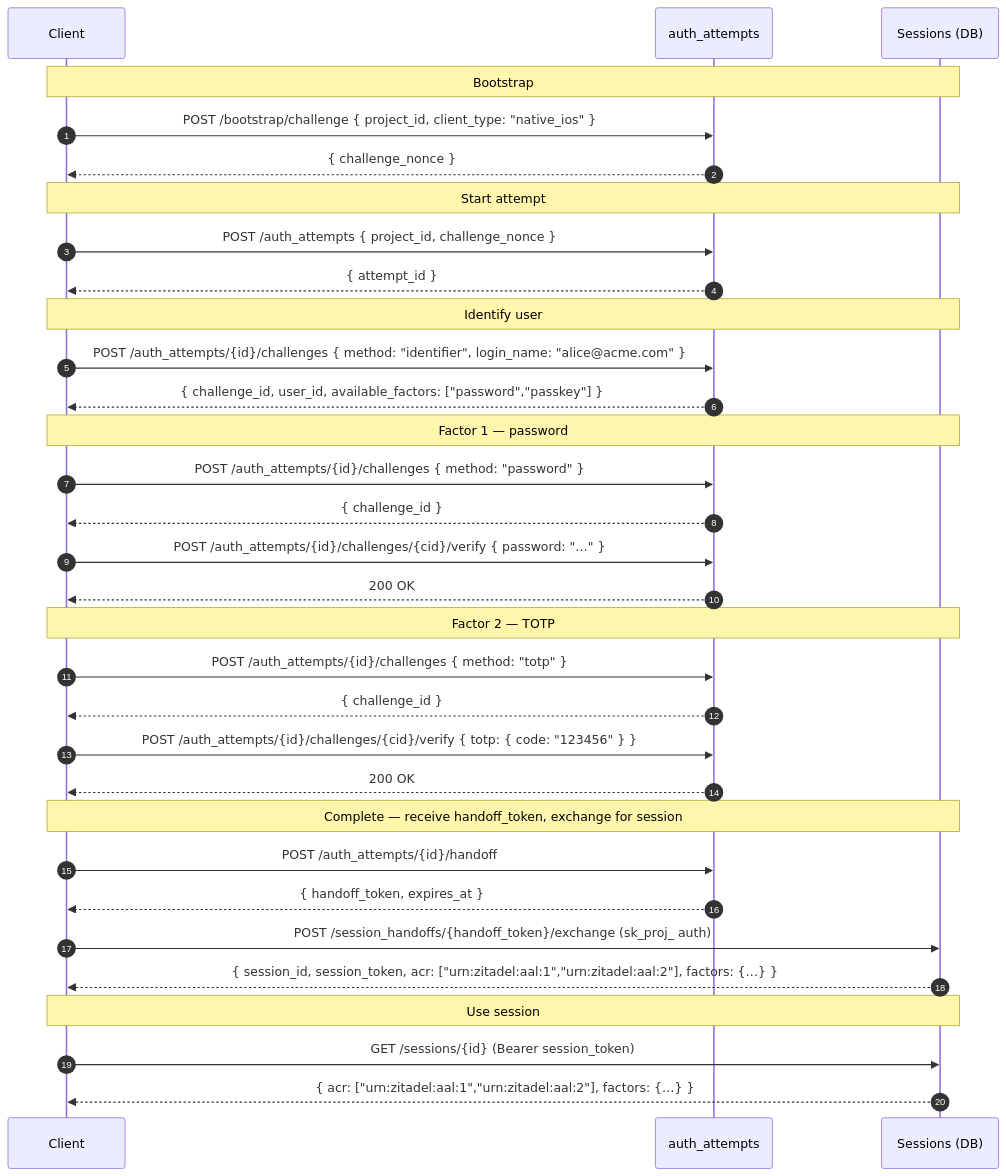
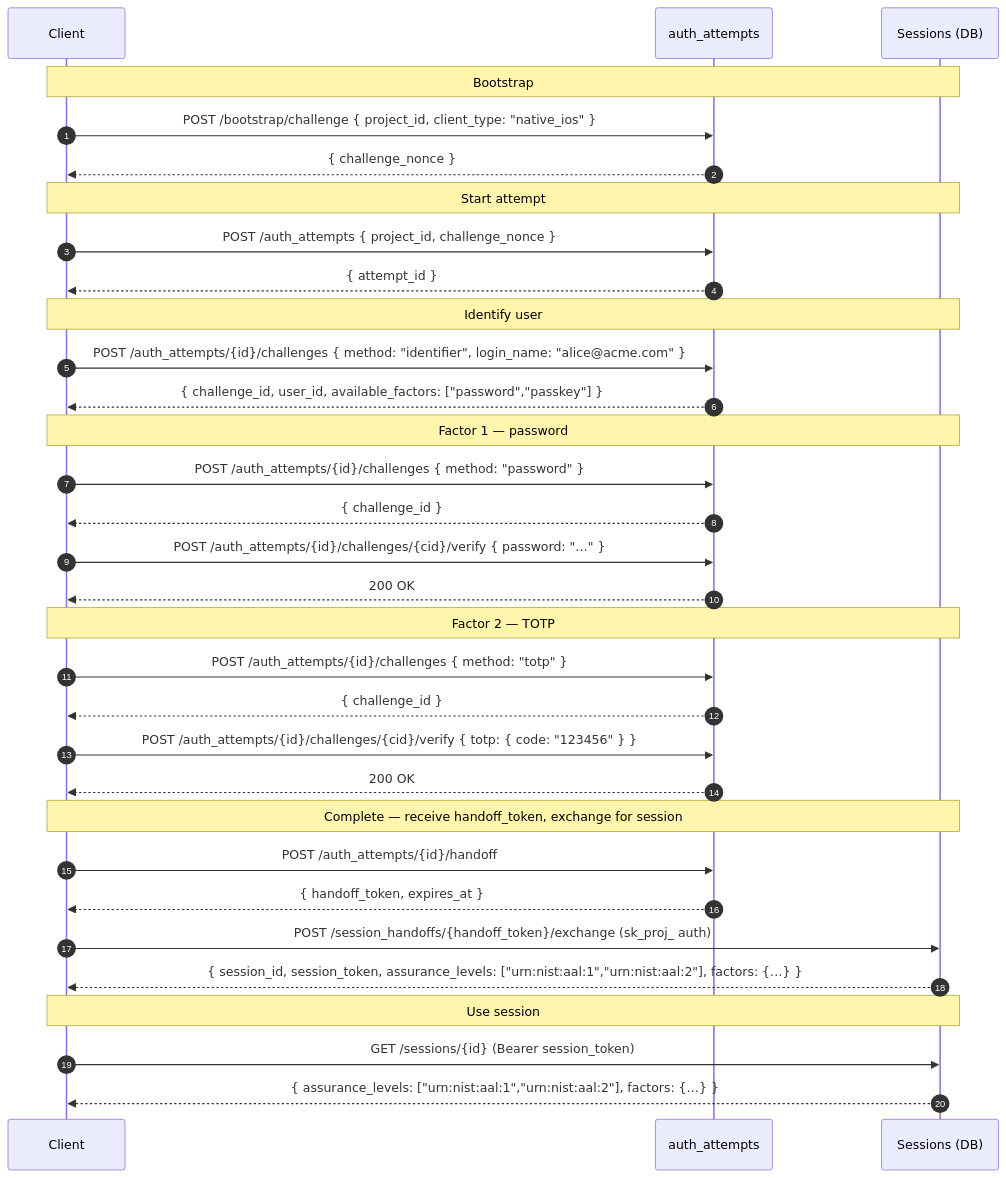
One commit to zitadel/nextgen changed the second of 4 diagrams in docs/design/api/authn-and-auth-flows.md. Above: the diagram before and after it, drawn with Mermaid. The commit also changed other lines of this file and 10 other files, not shown here.

````diff
--- a/docs/design/api/authn-and-auth-flows.md
+++ b/docs/design/api/authn-and-auth-flows.md
@@ -222,51 +222,51 @@
 ```mermaid
 sequenceDiagram
     autonumber
     participant Client
     participant AuthAttempts as auth_attempts
     participant SessionDB as Sessions (DB)
 
     Note over Client,SessionDB: Bootstrap
 
     Client->>AuthAttempts: POST /bootstrap/challenge { project_id, client_type: "native_ios" }
     AuthAttempts-->>Client: { challenge_nonce }
 
     Note over Client,SessionDB: Start attempt
 
     Client->>AuthAttempts: POST /auth_attempts { project_id, challenge_nonce }
     AuthAttempts-->>Client: { attempt_id }
 
     Note over Client,SessionDB: Identify user
 
     Client->>AuthAttempts: POST /auth_attempts/{id}/challenges { method: "identifier", login_name: "alice@acme.com" }
     AuthAttempts-->>Client: { challenge_id, user_id, available_factors: ["password","passkey"] }
 
     Note over Client,SessionDB: Factor 1 — password
 
     Client->>AuthAttempts: POST /auth_attempts/{id}/challenges { method: "password" }
     AuthAttempts-->>Client: { challenge_id }
 
     Client->>AuthAttempts: POST /auth_attempts/{id}/challenges/{cid}/verify { password: "…" }
     AuthAttempts-->>Client: 200 OK
 
     Note over Client,SessionDB: Factor 2 — TOTP
 
     Client->>AuthAttempts: POST /auth_attempts/{id}/challenges { method: "totp" }
     AuthAttempts-->>Client: { challenge_id }
 
     Client->>AuthAttempts: POST /auth_attempts/{id}/challenges/{cid}/verify { totp: { code: "123456" } }
     AuthAttempts-->>Client: 200 OK
 
     Note over Client,SessionDB: Complete — receive handoff_token, exchange for session
 
     Client->>AuthAttempts: POST /auth_attempts/{id}/handoff
     AuthAttempts-->>Client: { handoff_token, expires_at }
 
     Client->>SessionDB: POST /session_handoffs/{handoff_token}/exchange (sk_proj_ auth)
-    SessionDB-->>Client: { session_id, session_token, acr: ["urn:zitadel:aal:1","urn:zitadel:aal:2"], factors: {…} }
+    SessionDB-->>Client: { session_id, session_token, assurance_levels: ["urn:nist:aal:1","urn:nist:aal:2"], factors: {…} }
 
     Note over Client,SessionDB: Use session
 
     Client->>SessionDB: GET /sessions/{id} (Bearer session_token)
-    SessionDB-->>Client: { acr: ["urn:zitadel:aal:1","urn:zitadel:aal:2"], factors: {…} }
+    SessionDB-->>Client: { assurance_levels: ["urn:nist:aal:1","urn:nist:aal:2"], factors: {…} }
 ```
````
